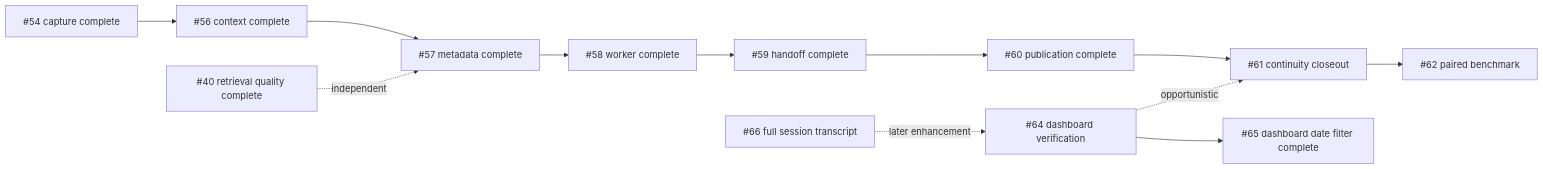
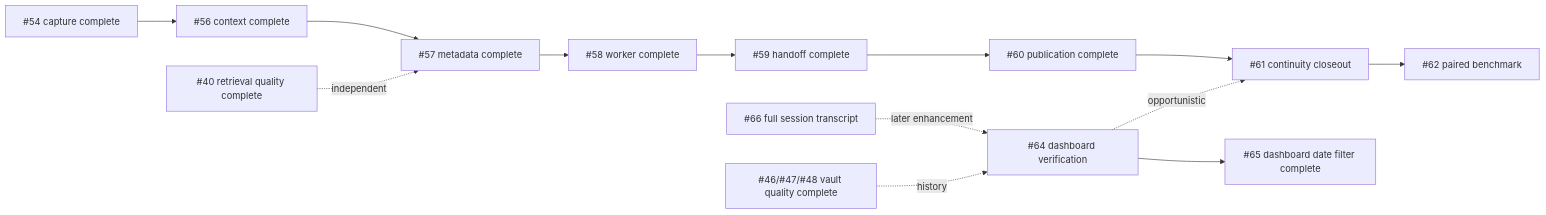
The diagram in docs/issue-priority-order.md (vib28/ai-memory-hub), drawn with Mermaid before and after one commit. The commit also changed other lines of this file and 3 other files, not shown here.

````diff
--- a/docs/issue-priority-order.md
+++ b/docs/issue-priority-order.md
@@ -9,14 +9,15 @@
 ```mermaid
 flowchart LR
     P["#54 capture complete"] --> A["#56 context complete"]
     A --> B["#57 metadata complete"]
     B --> C["#58 worker complete"]
     C --> D["#59 handoff complete"]
     D --> E["#60 publication complete"]
     E --> F["#61 continuity closeout"]
     F --> G["#62 paired benchmark"]
     I["#40 retrieval quality complete"] -. independent .-> B
     J["#64 dashboard verification"] -. opportunistic .-> F
     J --> K["#65 dashboard date filter complete"]
     L["#66 full session transcript"] -. later enhancement .-> J
+    M["#46/#47/#48 vault quality complete"] -. history .-> J
 ```
````
